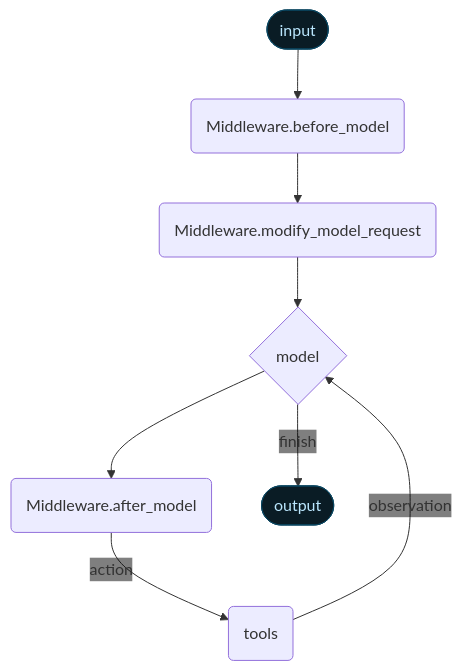
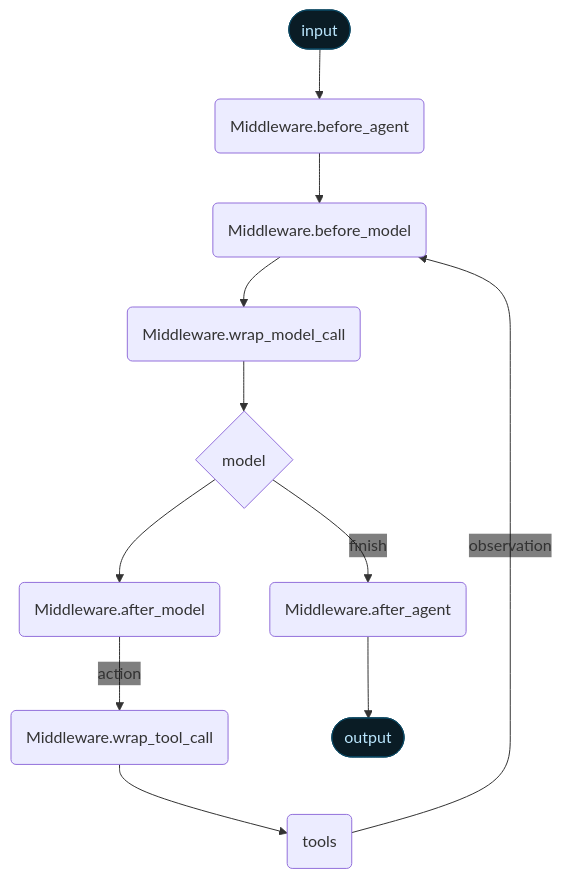
Before and after one commit to wpbarco/docs: the second of 2 diagrams in src/oss/langchain/middleware.mdx, drawn with Mermaid. The commit also changed other lines of this file and 136 other files, not shown here.

````diff
--- a/src/oss/langchain/middleware.mdx
+++ b/src/oss/langchain/middleware.mdx
@@ -79,34 +90,40 @@
 ```mermaid
 %%{
   init: {
     "fontFamily": "monospace",
     "flowchart": {
       "curve": "curve"
     },
     "themeVariables": {"edgeLabelBackground": "transparent"}
   }
 }%%
 graph TD
   %% Outside the agent
   QUERY([input])
+  BEFORE_AGENT(Middleware.before_agent)
   BEFORE_MODEL(Middleware.before_model)
-  MODIFY_MODEL_REQUEST(Middleware.modify_model_request)
+  WRAP_MODEL(Middleware.wrap_model_call)
   LLM{model}
   AFTER_MODEL(Middleware.after_model)
+  WRAP_TOOL(Middleware.wrap_tool_call)
   TOOL(tools)
+  AFTER_AGENT(Middleware.after_agent)
   ANSWER([output])
 
   %% Main flows (no inline labels)
-  QUERY --> BEFORE_MODEL
-  BEFORE_MODEL --> MODIFY_MODEL_REQUEST
-  MODIFY_MODEL_REQUEST --> LLM
+  QUERY --> BEFORE_AGENT
+  BEFORE_AGENT --> BEFORE_MODEL
+  BEFORE_MODEL --> WRAP_MODEL
+  WRAP_MODEL --> LLM
   LLM --> AFTER_MODEL
-  AFTER_MODEL --"action"--> TOOL
-  TOOL --"observation"--> LLM
-  LLM --"finish"--> ANSWER
+  AFTER_MODEL --"action"--> WRAP_TOOL
+  WRAP_TOOL --> TOOL
+  TOOL --"observation"--> BEFORE_MODEL
+  LLM --"finish"--> AFTER_AGENT
+  AFTER_AGENT --> ANSWER
 
   classDef blueHighlight fill:#0a1c25,stroke:#0a455f,color:#bae6fd;
   classDef greenHighlight fill:#0b1e1a,stroke:#0c4c39,color:#9ce4c4;
   class QUERY blueHighlight;
   class ANSWER blueHighlight;
 ```
````
